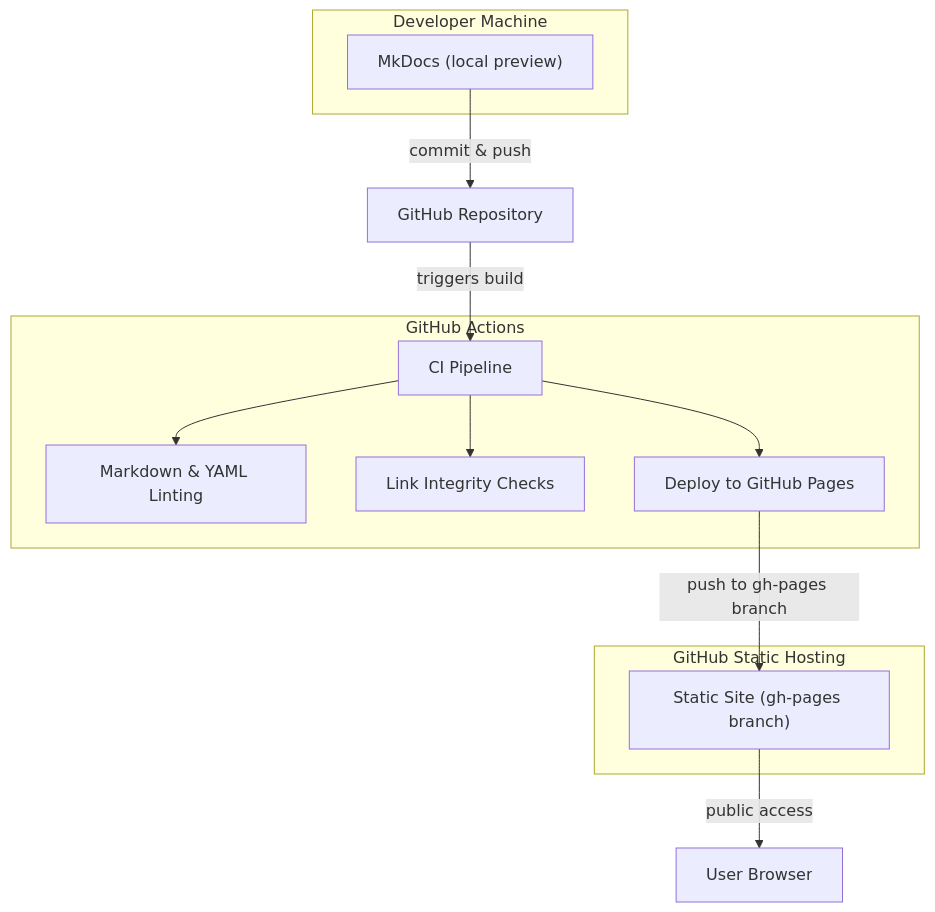
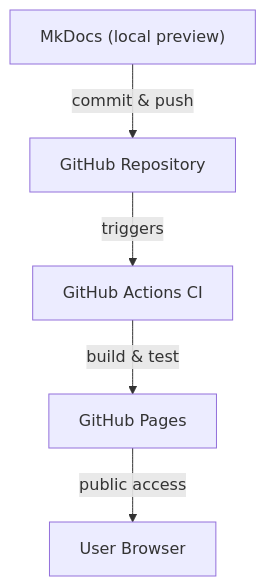
One commit to cassmastern/lers-sandbox changed the diagram in docs/about.md. Above: the diagram before and after it, drawn with Mermaid. The commit also changed other lines of this file and 19 other files, not shown here.

````diff
--- a/docs/about.md
+++ b/docs/about.md
@@ -79,24 +61,13 @@
 ```mermaid
-    graph TD
-      subgraph DevMachine ["Developer Machine"]
-          MkDocs["MkDocs (local preview)"]
-      end
-      GitHub["GitHub Repository"]
-      subgraph GitHubActions ["GitHub Actions"]
-          CI["CI Pipeline"]
-          Lint["Markdown & YAML Linting"]
-          Links["Link Integrity Checks"]
-          Deploy["Deploy to GitHub Pages"]
-      end
-      subgraph GitHubPages ["GitHub Static Hosting"]
-          StaticSite["Static Site (gh-pages branch)"]
-      end
-      Browser["User Browser"]
-      MkDocs -->|"commit & push"| GitHub
-      GitHub -->|"triggers build"| CI
-      CI --> Lint
-      CI --> Links
-      CI --> Deploy
-      Deploy -->|"push to gh-pages branch"| StaticSite
-      StaticSite -->|"public access"| Browser
+graph TD
+  Dev["MkDocs (local preview)"]
+  GitHub["GitHub Repository"]
+  CI["GitHub Actions CI"]
+  Pages["GitHub Pages"]
+  Browser["User Browser"]
+
+  Dev -->|commit & push| GitHub
+  GitHub -->|triggers| CI
+  CI -->|build & test| Pages
+  Pages -->|public access| Browser
 ```
````
